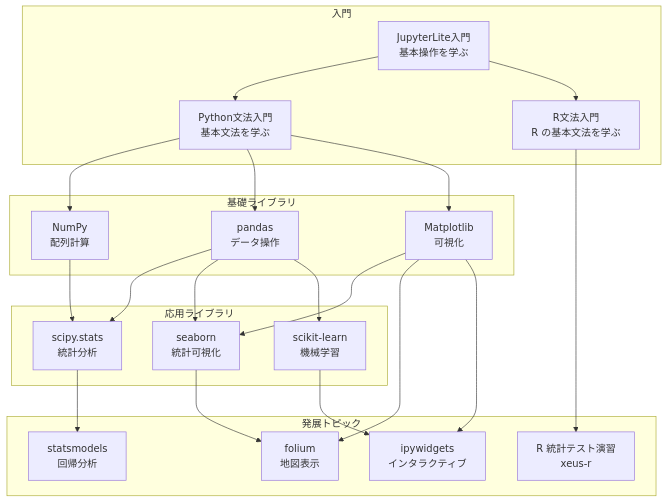
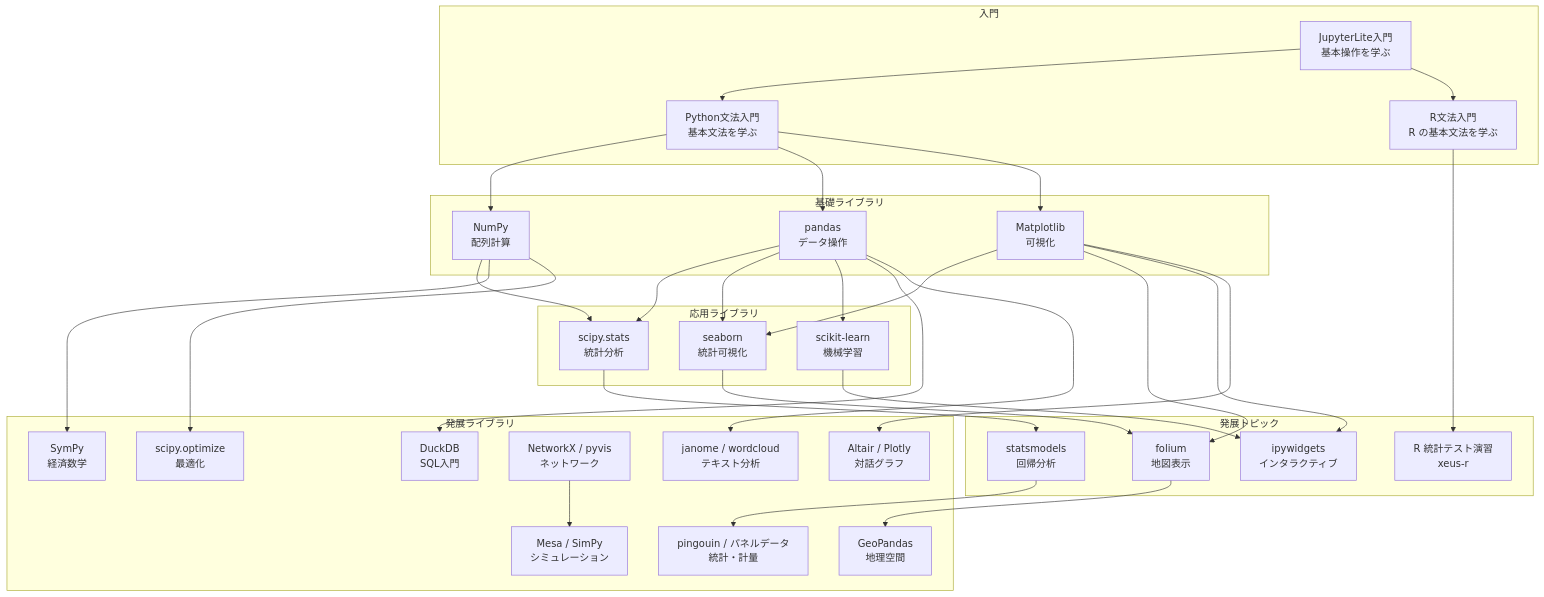
One commit to kkawailab/kklab-jupyterlite changed the diagram in content/README.md. Above: the diagram before and after it, drawn with Mermaid. The commit also changed other lines of this file and 18 other files, not shown here.

````diff
--- a/content/README.md
+++ b/content/README.md
@@ -44,37 +48,55 @@
 ```mermaid
 flowchart TD
     subgraph 入門
         A[JupyterLite入門<br/>基本操作を学ぶ]
         P[Python文法入門<br/>基本文法を学ぶ]
         R[R文法入門<br/>R の基本文法を学ぶ]
     end
 
     subgraph 基礎ライブラリ
         B[NumPy<br/>配列計算]
         C[pandas<br/>データ操作]
         D[Matplotlib<br/>可視化]
     end
 
     subgraph 応用ライブラリ
         E[scipy.stats<br/>統計分析]
         F[seaborn<br/>統計可視化]
         G[scikit-learn<br/>機械学習]
     end
 
     subgraph 発展トピック
         H[statsmodels<br/>回帰分析]
         I[folium<br/>地図表示]
         J[ipywidgets<br/>インタラクティブ]
         K[R 統計テスト演習<br/>xeus-r]
     end
 
+    subgraph 発展ライブラリ
+        L[SymPy<br/>経済数学]
+        M[scipy.optimize<br/>最適化]
+        N[DuckDB<br/>SQL入門]
+        O[NetworkX / pyvis<br/>ネットワーク]
+        Q[GeoPandas<br/>地理空間]
+        S[Altair / Plotly<br/>対話グラフ]
+        T[janome / wordcloud<br/>テキスト分析]
+        V[pingouin / パネルデータ<br/>統計・計量]
+        W[Mesa / SimPy<br/>シミュレーション]
+    end
+
     A --> P & R
     P --> B & C & D
     R --> K
     B --> E
     C --> E & F & G
     D --> F & I & J
     E --> H
     F --> I
     G --> J
+    B --> L & M
+    C --> N & T
+    D --> S
+    I --> Q
+    O --> W
+    H --> V
 ```
````
